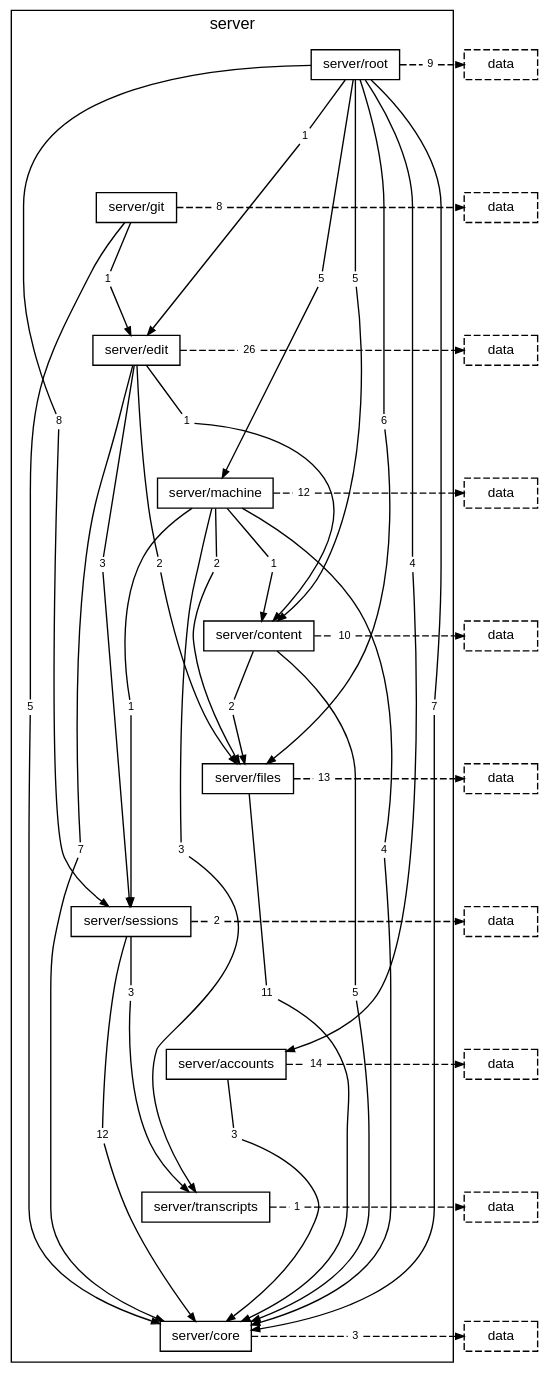
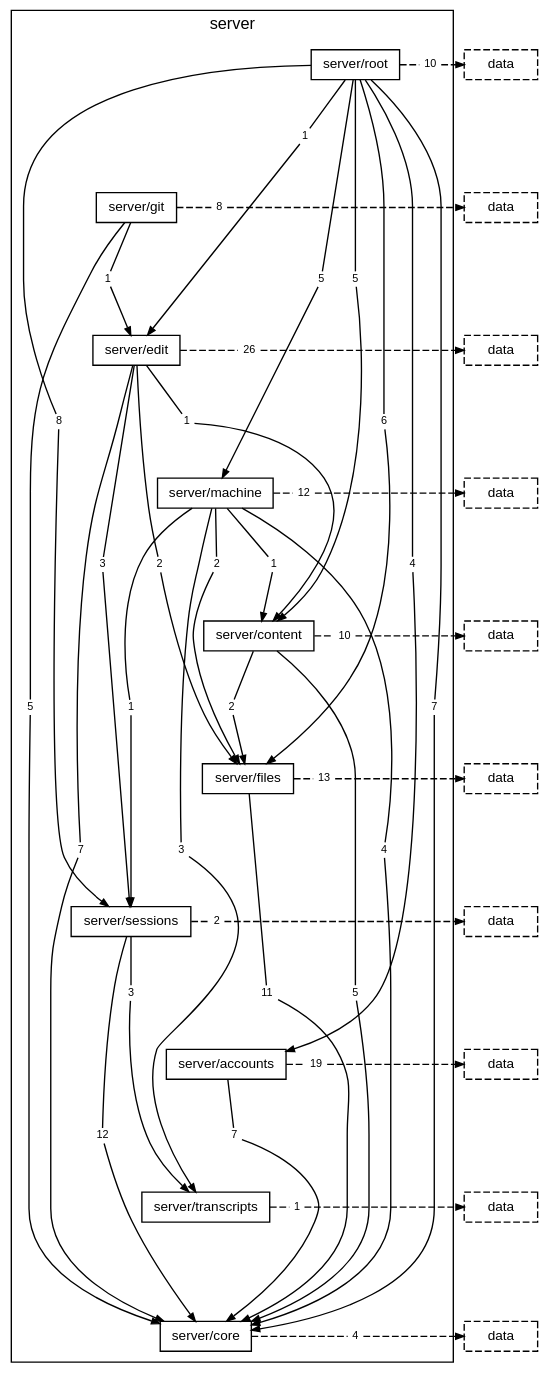
One commit to TheAxeC/oculus changed the diagram in docs/diagrams/layer-server.dot. Above: the diagram before and after it, drawn with Graphviz. The commit also changed 115 other files, not shown here.

```diff
--- a/docs/diagrams/layer-server.dot
+++ b/docs/diagrams/layer-server.dot
@@ -21,7 +21,7 @@
         "folder server/root to folder server/files" [label="6", shape=box, color="transparent", fontsize=8, width=0, height=0, margin="0.04,0.02"];
         "folder server/root to folder server/machine" [label="5", shape=box, color="transparent", fontsize=8, width=0, height=0, margin="0.04,0.02"];
         "folder server/root to folder server/sessions" [label="8", shape=box, color="transparent", fontsize=8, width=0, height=0, margin="0.04,0.02"];
-        "folder server/root to layer data" [label="9", shape=box, color="transparent", fontsize=8, width=0, height=0, margin="0.04,0.02"];
+        "folder server/root to layer data" [label="10", shape=box, color="transparent", fontsize=8, width=0, height=0, margin="0.04,0.02"];
         "folder server/git to folder server/core" [label="5", shape=box, color="transparent", fontsize=8, width=0, height=0, margin="0.04,0.02"];
         "folder server/git to folder server/edit" [label="1", shape=box, color="transparent", fontsize=8, width=0, height=0, margin="0.04,0.02"];
         "folder server/git to layer data" [label="8", shape=box, color="transparent", fontsize=8, width=0, height=0, margin="0.04,0.02"];
@@ -44,10 +44,10 @@
         "folder server/sessions to folder server/core" [label="12", shape=box, color="transparent", fontsize=8, width=0, height=0, margin="0.04,0.02"];
         "folder server/sessions to folder server/transcripts" [label="3", shape=box, color="transparent", fontsize=8, width=0, height=0, margin="0.04,0.02"];
         "folder server/sessions to layer data" [label="2", shape=box, color="transparent", fontsize=8, width=0, height=0, margin="0.04,0.02"];
-        "folder server/accounts to folder server/core" [label="3", shape=box, color="transparent", fontsize=8, width=0, height=0, margin="0.04,0.02"];
-        "folder server/accounts to layer data" [label="14", shape=box, color="transparent", fontsize=8, width=0, height=0, margin="0.04,0.02"];
+        "folder server/accounts to folder server/core" [label="7", shape=box, color="transparent", fontsize=8, width=0, height=0, margin="0.04,0.02"];
+        "folder server/accounts to layer data" [label="19", shape=box, color="transparent", fontsize=8, width=0, height=0, margin="0.04,0.02"];
         "folder server/transcripts to layer data" [label="1", shape=box, color="transparent", fontsize=8, width=0, height=0, margin="0.04,0.02"];
-        "folder server/core to layer data" [label="3", shape=box, color="transparent", fontsize=8, width=0, height=0, margin="0.04,0.02"];
+        "folder server/core to layer data" [label="4", shape=box, color="transparent", fontsize=8, width=0, height=0, margin="0.04,0.02"];
     }
     "layer data from folder server/root" [label="data", style=dashed];
     "layer data from folder server/git" [label="data", style=dashed];
```
